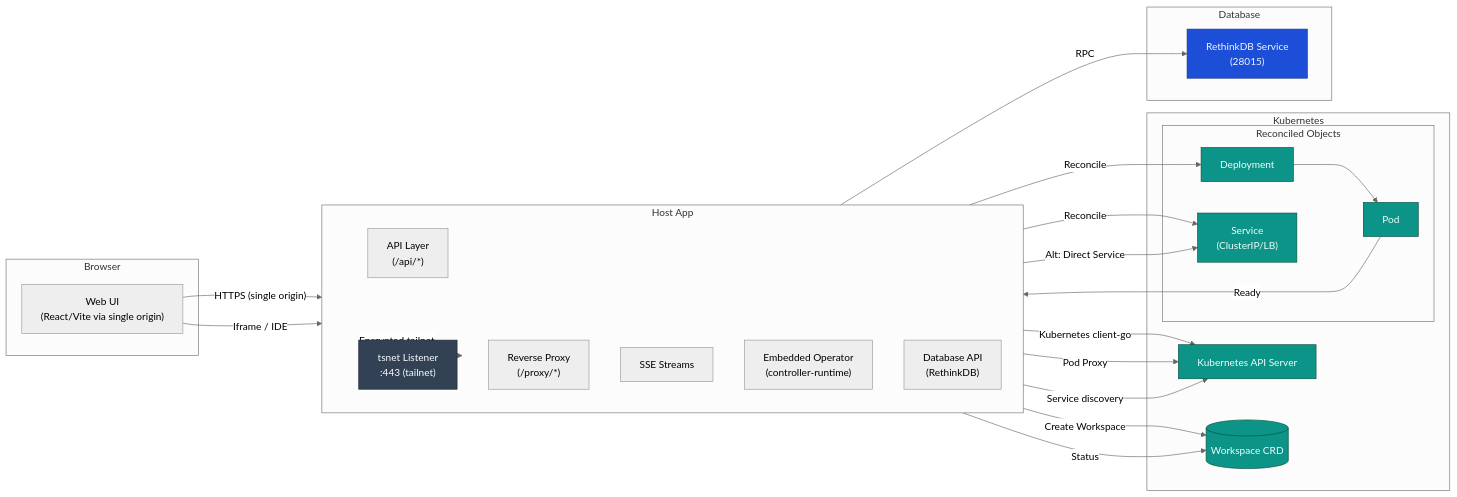
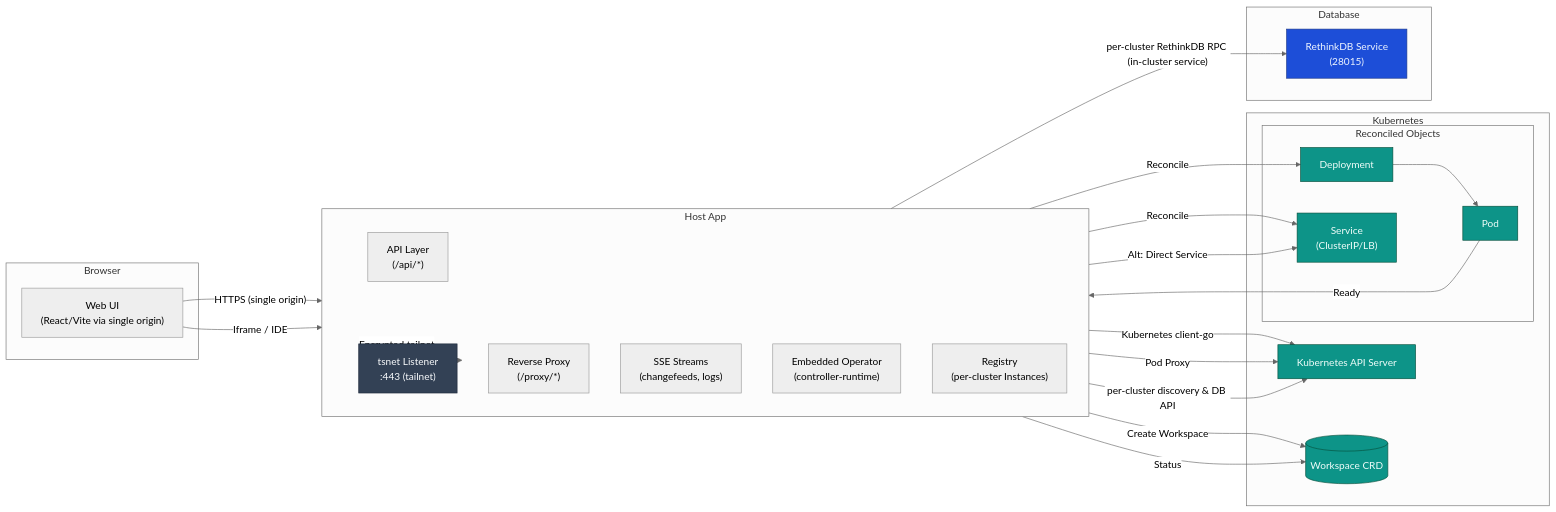
One commit to docxology/GuildNet changed the first of 4 diagrams in architecture.md. Above: the diagram before and after it, drawn with Mermaid (neutral theme). The commit also changed other lines of this file and 17 other files, not shown here.

First line of the commit message:
Refactor GuildNet architecture and enhance RethinkDB integration

````diff
--- a/architecture.md
+++ b/architecture.md
@@ -7,57 +7,57 @@
 ```mermaid
 flowchart LR
   subgraph Browser[Browser]
     UI["Web UI\n(React/Vite via single origin)"]
   end
 
   subgraph HostApp[Host App]
     direction TB
     API["API Layer\n(/api/*)"]
     RP["Reverse Proxy\n(/proxy/*)"]
-    SSE[SSE Streams]
+    SSE["SSE Streams\n(changefeeds, logs)"]
     OP["Embedded Operator\n(controller-runtime)"]
-    DBAPI["Database API\n(RethinkDB)"]
+    REG["Registry\n(per-cluster Instances)"]
     TS["tsnet Listener\n:443 (tailnet)"]
   end
 
   subgraph K8s[Kubernetes]
     APIS[Kubernetes API Server]
     CRD[(Workspace CRD)]
     subgraph Recon[Reconciled Objects]
       DEP[Deployment]
       SVC["Service\n(ClusterIP/LB)"]
       POD[Pod]
     end
   end
 
   subgraph Data[Database]
     RDB["RethinkDB Service\n(28015)"]
   end
 
   UI -->|"HTTPS (single origin)"| API
   UI -->|Iframe / IDE| RP
 
   API -->|Create Workspace| CRD
   OP -->|Reconcile| DEP
   OP -->|Reconcile| SVC
   DEP --> POD
   POD -->|Ready| OP
   OP -->|Status| CRD
 
   API -->|Kubernetes client-go| APIS
   RP -->|Pod Proxy| APIS
   RP -->|Alt: Direct Service| SVC
 
-  DBAPI -->|Service discovery| APIS
-  DBAPI -->|RPC| RDB
+  REG -->|"per-cluster discovery & DB API"| APIS
+  REG -->|"per-cluster RethinkDB RPC (in-cluster service)"| RDB
 
   TS --> HostApp
   HostApp -->|Encrypted tailnet| TS
 
   classDef k8s fill:#0d9488,stroke:#064e3b,stroke-width:1px,color:#f0fdfa
   classDef db fill:#1d4ed8,stroke:#1e3a8a,stroke-width:1px,color:#eff6ff
   classDef net fill:#334155,stroke:#1e293b,stroke-width:1px,color:#f8fafc
   class APIS,DEP,SVC,POD,CRD k8s
   class RDB db
   class TS net
 ```
````
